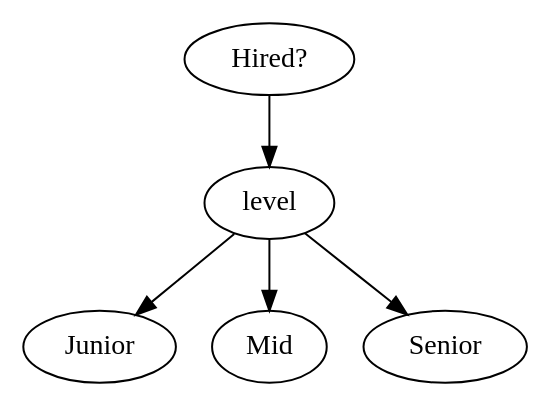
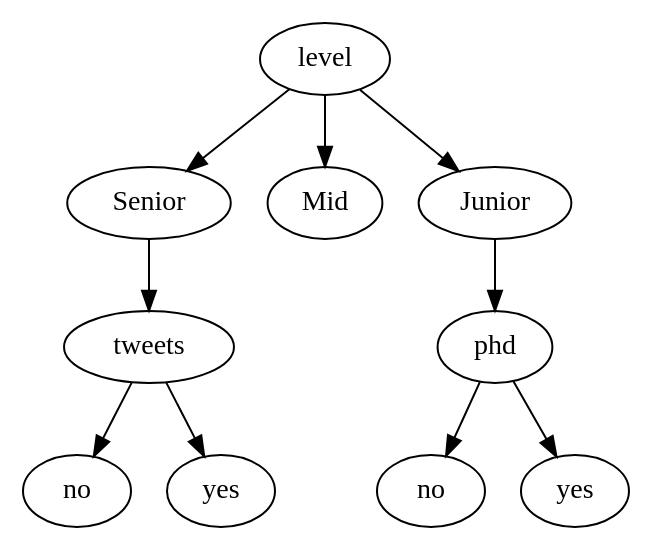
The diagram in test-output/decision-tree.gv (ramirezr69/uhd-data-mining-decision-tree), drawn with Graphviz before and after one commit. The commit also changed 3 other files, not shown here.

```diff
--- a/test-output/decision-tree.gv
+++ b/test-output/decision-tree.gv
@@ -1,12 +1,22 @@
 // The Decision Tree
 digraph {
-	A [label="Hired?"]
-	B [label=level]
+	A [label=level]
 		A -> B
-	C [label=Junior]
-		B -> C
-	D [label=Mid]
-		B -> D
-	E [label=Senior]
+		A -> C
+		A -> D
+	B [label=Senior]
 		B -> E
+	E [label=tweets]
+		E -> F
+		E -> G
+	F [label=no]
+	G [label=yes]
+	C [label=Mid]
+	D [label=Junior]
+		D -> H
+	H [label=phd]
+		H -> I
+		H -> J
+	I [label=no]
+	J [label=yes]
 }
```
